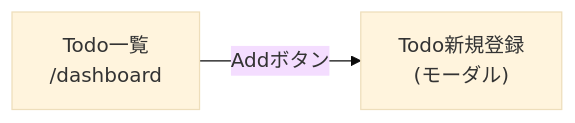
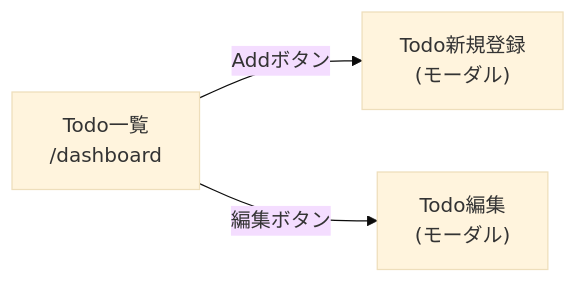
One commit to shimazakis0523/Nextjs-Sample changed the diagram in doc/フロントエンド設計書/業務1_Todoダッシュボード/画面遷移図.md. Above: the diagram before and after it, drawn with Mermaid (base theme). The commit also changed other lines of this file and 26 other files, not shown here.

````diff
--- a/doc/フロントエンド設計書/業務1_Todoダッシュボード/画面遷移図.md
+++ b/doc/フロントエンド設計書/業務1_Todoダッシュボード/画面遷移図.md
@@ -11,7 +11,9 @@
 ```mermaid
 flowchart LR
     todo-list["Todo一覧<br/>/dashboard"]
     todo-new["Todo新規登録<br/>(モーダル)"]
+    todo-edit["Todo編集<br/>(モーダル)"]
 
     todo-list -- "Addボタン" --> todo-new
+    todo-list -- "編集ボタン" --> todo-edit
 ```
````
